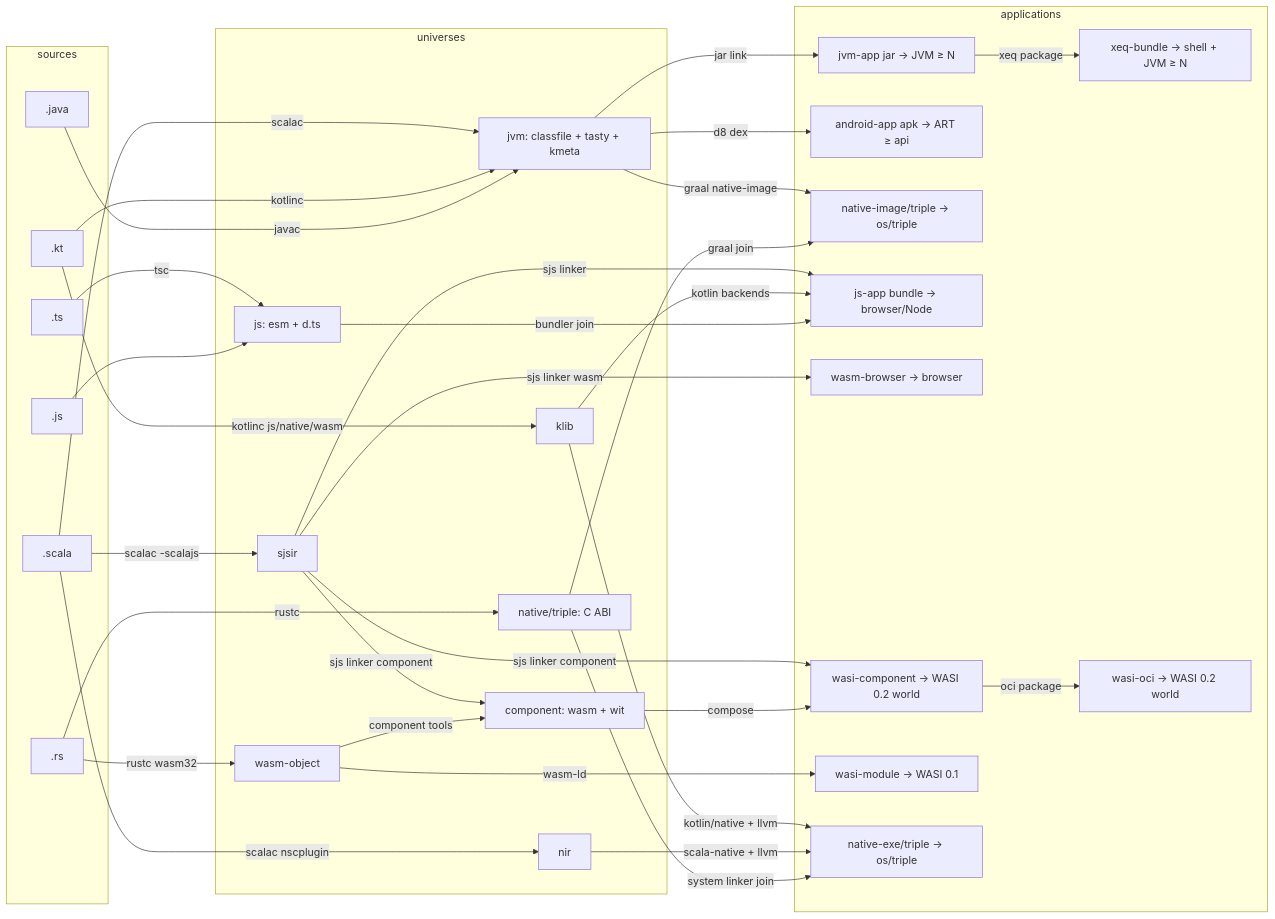
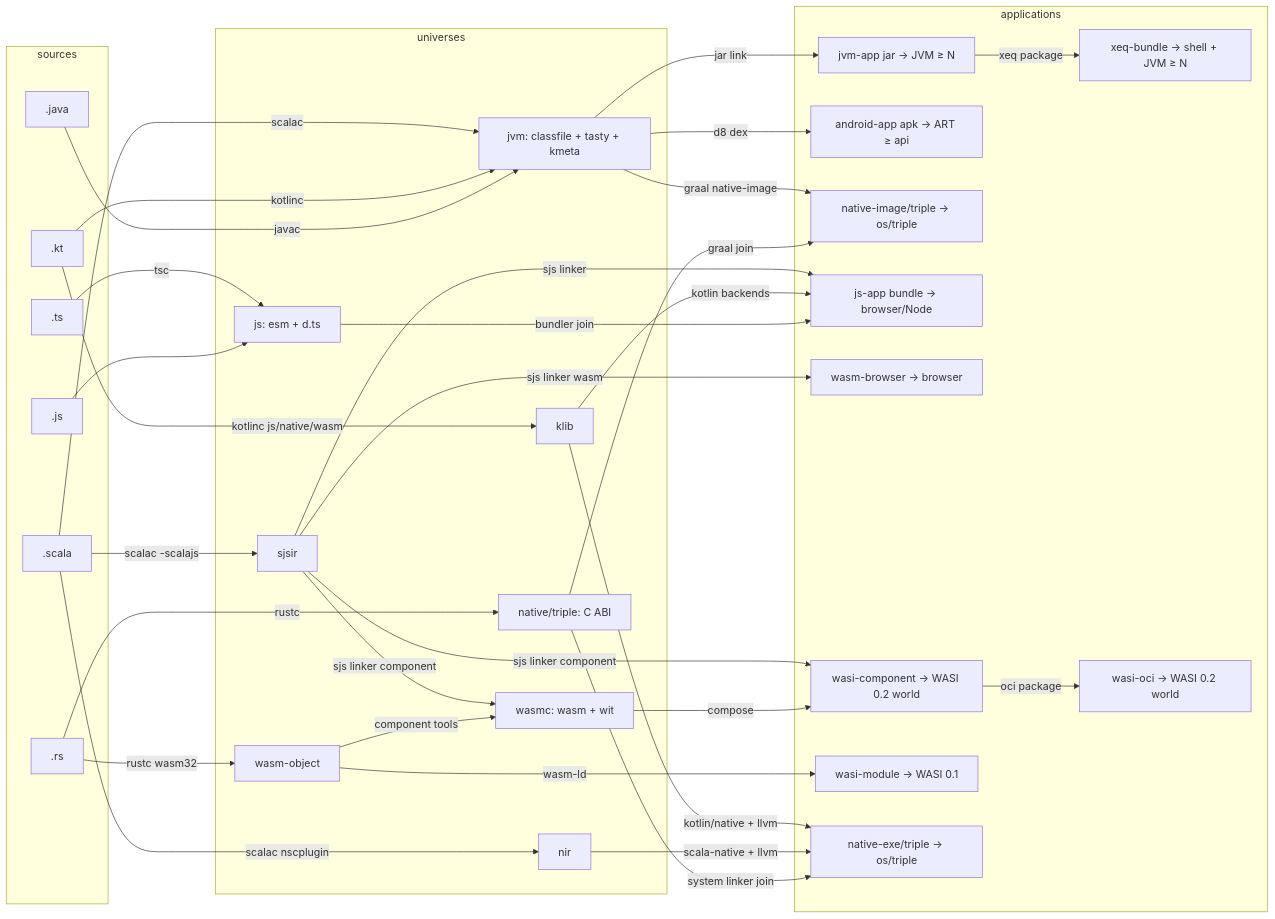
Before and after one commit to propensive/lira: the diagram in design/universes.md, drawn with Mermaid. The commit also changed other lines of this file and 14 other files, not shown here.

````diff
--- a/design/universes.md
+++ b/design/universes.md
@@ -162,60 +163,60 @@
 ```mermaid
 graph LR
   subgraph sources
     SCALA[.scala]; KT[.kt]; JAVA[.java]; TS[.ts]; JS_SRC[.js]; RS[.rs]
   end
 
   subgraph universes
     JVM[jvm: classfile + tasty + kmeta]
     SJSIR[sjsir]
     NIR[nir]
     JSU[js: esm + d.ts]
     KLIB[klib]
-    COMP[component: wasm + wit]
+    COMP[wasmc: wasm + wit]
     NATIVE[native/triple: C ABI]
     WOBJ[wasm-object]
   end
 
   subgraph applications
     JAR[jvm-app jar → JVM ≥ N]
     APK[android-app apk → ART ≥ api]
     XEQ[xeq-bundle → shell + JVM ≥ N]
     NIMG[native-image/triple → os/triple]
     JSAPP[js-app bundle → browser/Node]
     WASMB[wasm-browser → browser]
     WASI2[wasi-component → WASI 0.2 world]
     WASIOCI[wasi-oci → WASI 0.2 world]
     WASI1[wasi-module → WASI 0.1]
     EXE[native-exe/triple → os/triple]
   end
 
   SCALA -->|scalac| JVM
   SCALA -->|scalac -scalajs| SJSIR
   SCALA -->|scalac nscplugin| NIR
   KT -->|kotlinc| JVM
   KT -->|kotlinc js/native/wasm| KLIB
   JAVA -->|javac| JVM
   TS -->|tsc| JSU
   JS_SRC --> JSU
   RS -->|rustc| NATIVE
   RS -->|rustc wasm32| WOBJ
 
   JVM -->|jar link| JAR
   JVM -->|d8 dex| APK
   JVM -->|graal native-image| NIMG
   JAR -->|xeq package| XEQ
   SJSIR -->|sjs linker| JSAPP
   SJSIR -->|sjs linker wasm| WASMB
   SJSIR -->|sjs linker component| WASI2
   SJSIR -->|sjs linker component| COMP
   WASI2 -->|oci package| WASIOCI
   KLIB -->|kotlin backends| JSAPP
   KLIB -->|kotlin/native + llvm| EXE
   NIR -->|scala-native + llvm| EXE
   JSU -->|bundler join| JSAPP
   NATIVE -->|system linker join| EXE
   NATIVE -->|graal join| NIMG
   WOBJ -->|wasm-ld| WASI1
   WOBJ -->|component tools| COMP
   COMP -->|compose| WASI2
 ```
````
